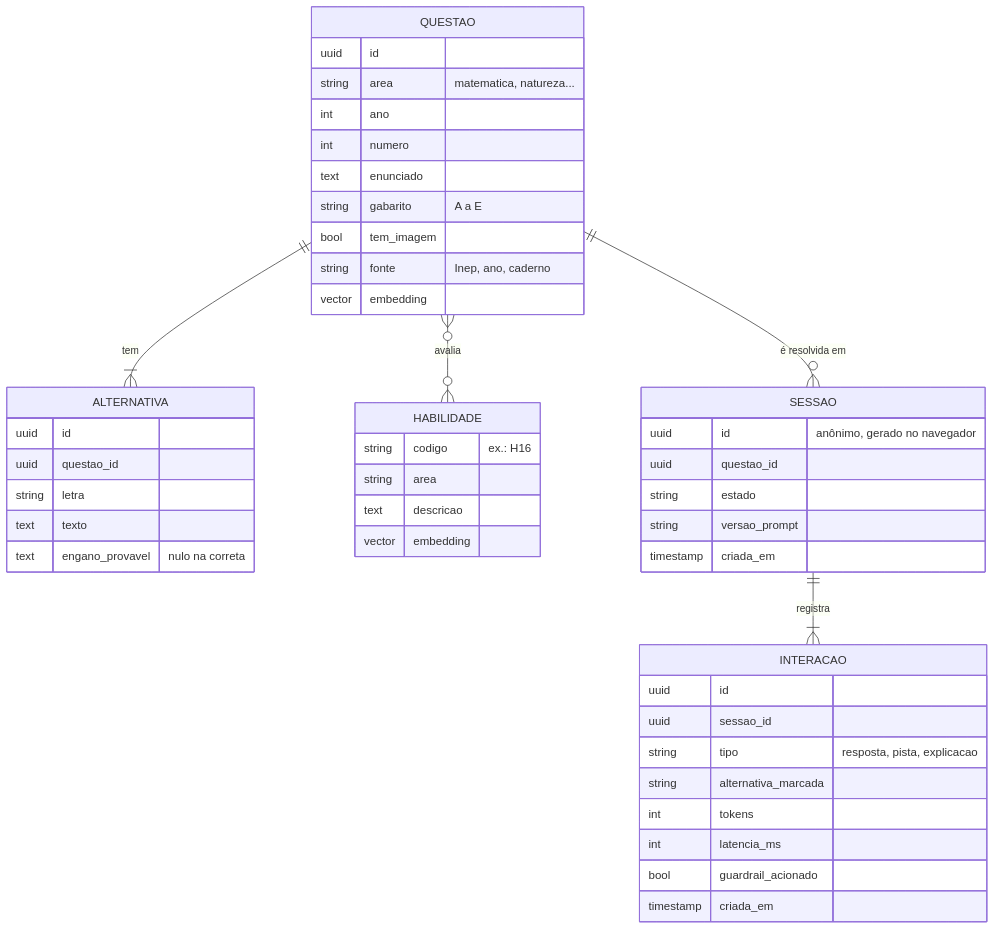
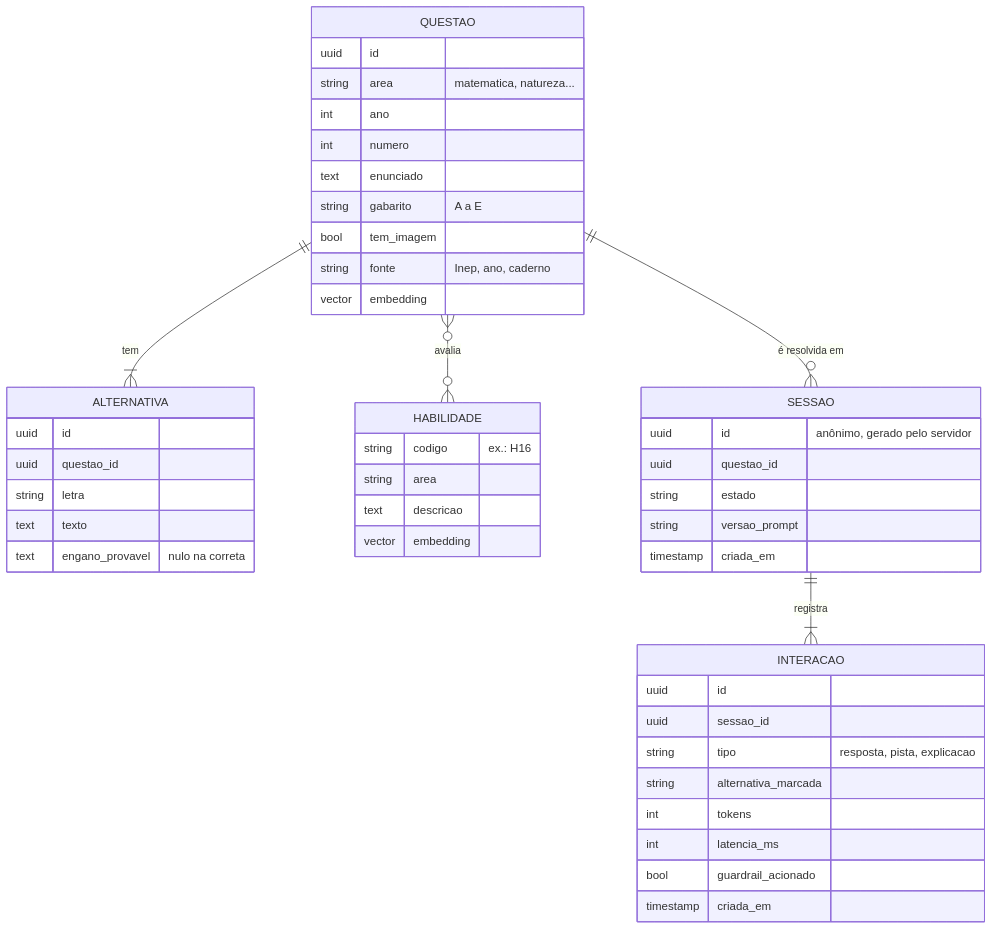
One commit to sabrinasiilva/pista-enem changed the third of 3 diagrams in docs/ARQUITETURA.md. Above: the diagram before and after it, drawn with Mermaid. The commit also changed other lines of this file and 31 other files, not shown here.

````diff
--- a/docs/ARQUITETURA.md
+++ b/docs/ARQUITETURA.md
@@ -55,49 +56,49 @@
 ```mermaid
 erDiagram
     QUESTAO ||--|{ ALTERNATIVA : tem
     QUESTAO }o--o{ HABILIDADE : avalia
     QUESTAO ||--o{ SESSAO : "é resolvida em"
     SESSAO ||--|{ INTERACAO : registra
 
     QUESTAO {
         uuid id
         string area "matematica, natureza..."
         int ano
         int numero
         text enunciado
         string gabarito "A a E"
         bool tem_imagem
         string fonte "Inep, ano, caderno"
         vector embedding
     }
     ALTERNATIVA {
         uuid id
         uuid questao_id
         string letra
         text texto
         text engano_provavel "nulo na correta"
     }
     HABILIDADE {
         string codigo "ex.: H16"
         string area
         text descricao
         vector embedding
     }
     SESSAO {
-        uuid id "anônimo, gerado no navegador"
+        uuid id "anônimo, gerado pelo servidor"
         uuid questao_id
         string estado
         string versao_prompt
         timestamp criada_em
     }
     INTERACAO {
         uuid id
         uuid sessao_id
         string tipo "resposta, pista, explicacao"
         string alternativa_marcada
         int tokens
         int latencia_ms
         bool guardrail_acionado
         timestamp criada_em
     }
 ```
````
